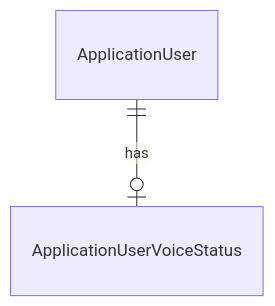
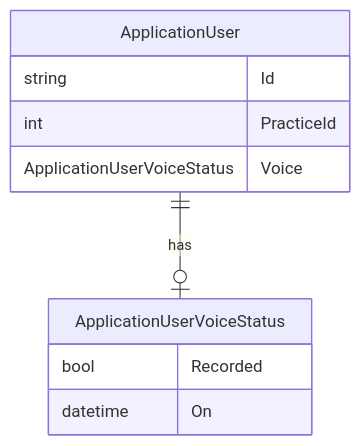
The second of 2 diagrams in CallTranscription/voice_sample.md (Harshita-capsitech/EmailDocs), drawn with Mermaid before and after one commit. The commit also changed other lines of this file, not shown here.

````diff
--- a/CallTranscription/voice_sample.md
+++ b/CallTranscription/voice_sample.md
@@ -41,4 +88,15 @@
 ```mermaid
 erDiagram
     ApplicationUser ||--o| ApplicationUserVoiceStatus : has
+
+    ApplicationUser {
+        string Id
+        int PracticeId
+        ApplicationUserVoiceStatus Voice
+    }
+
+    ApplicationUserVoiceStatus {
+        bool Recorded
+        datetime On
+    }
 ```
````
